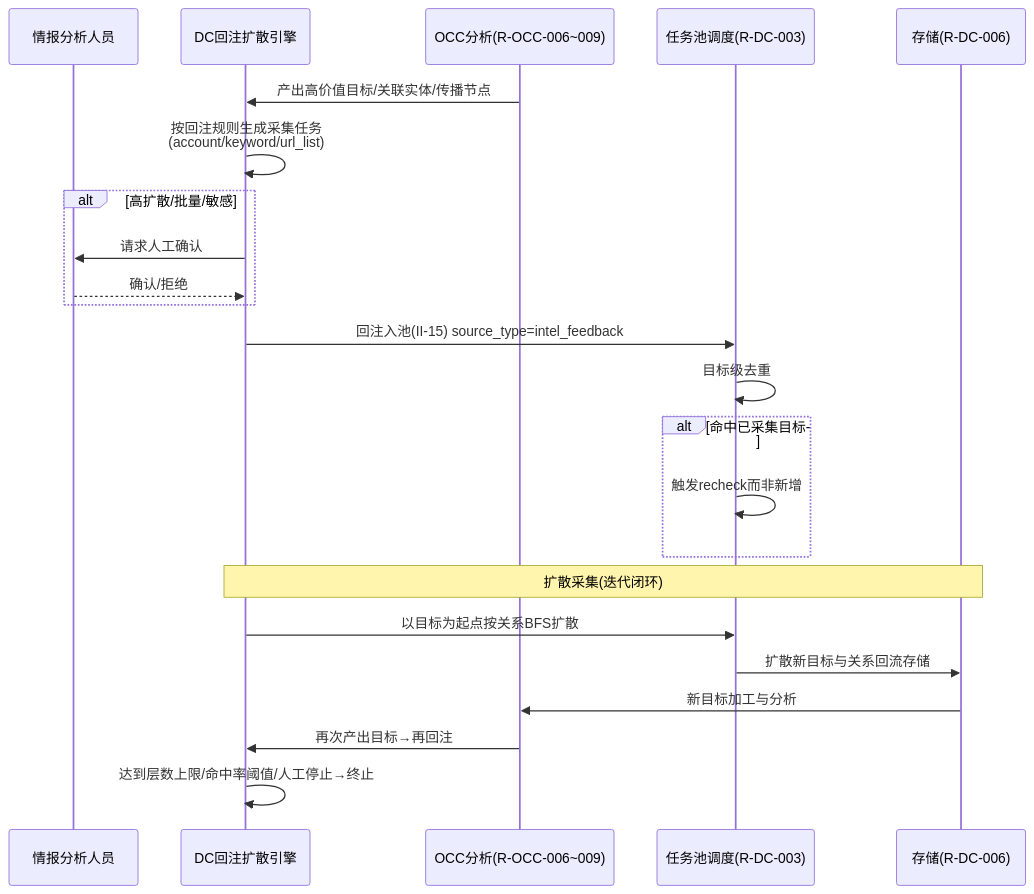
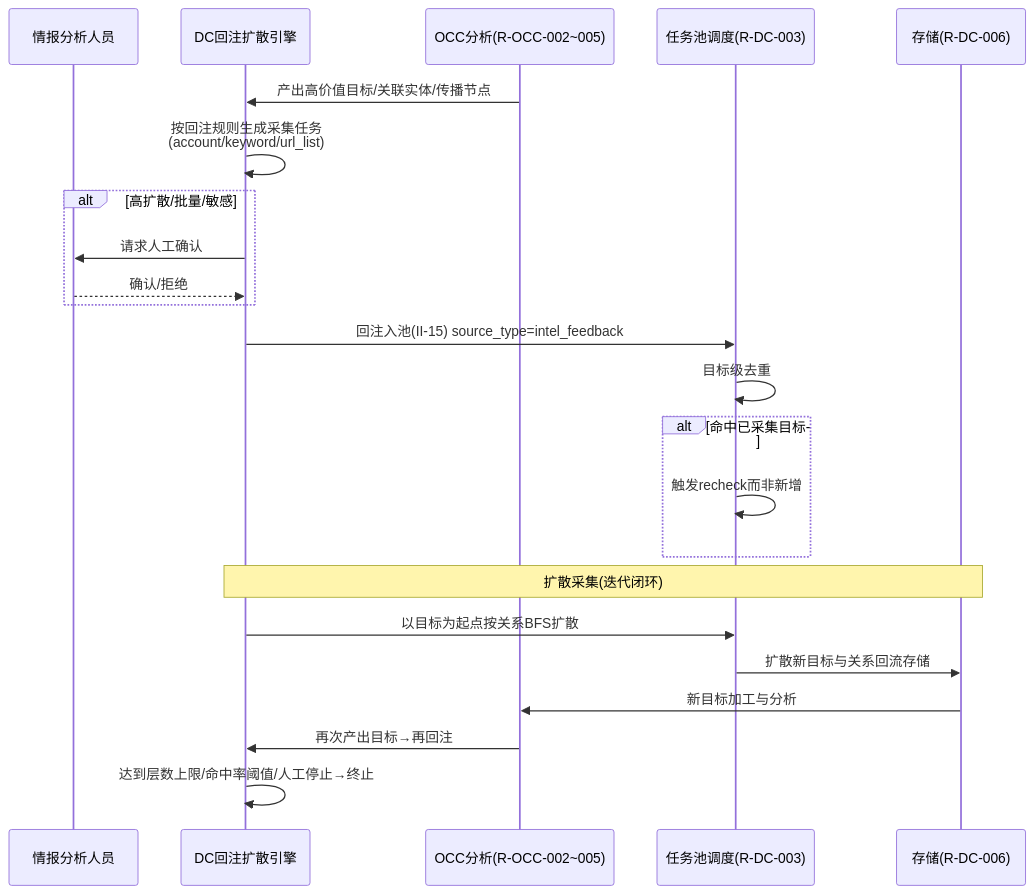
Before and after one commit to Sj-g/obsidian: the sixth of 50 diagrams in 公司项目/认知作战/文档/软件需求规格说明.md, drawn with Mermaid. The commit also changed other lines of this file and 3 other files, not shown here.

````diff
--- a/公司项目/认知作战/文档/软件需求规格说明.md
+++ b/公司项目/认知作战/文档/软件需求规格说明.md
@@ -585,25 +585,25 @@
 ```mermaid
 sequenceDiagram
   participant 分析员 as 情报分析人员
   participant DC as DC回注扩散引擎
-  participant 分析 as OCC分析(R-OCC-006~009)
+  participant 分析 as OCC分析(R-OCC-002~005)
   participant 任务池 as 任务池调度(R-DC-003)
   participant 存储 as 存储(R-DC-006)
   分析->>DC: 产出高价值目标/关联实体/传播节点
   DC->>DC: 按回注规则生成采集任务<br/>(account/keyword/url_list)
   alt 高扩散/批量/敏感
     DC->>分析员: 请求人工确认
     分析员-->>DC: 确认/拒绝
   end
   DC->>任务池: 回注入池(II-15) source_type=intel_feedback
   任务池->>任务池: 目标级去重
   alt 命中已采集目标
     任务池->>任务池: 触发recheck而非新增
   end
   Note over DC,存储: 扩散采集(迭代闭环)
   DC->>任务池: 以目标为起点按关系BFS扩散
   任务池->>存储: 扩散新目标与关系回流存储
   存储->>分析: 新目标加工与分析
   分析->>DC: 再次产出目标→再回注
   DC->>DC: 达到层数上限/命中率阈值/人工停止→终止
 ```
````
